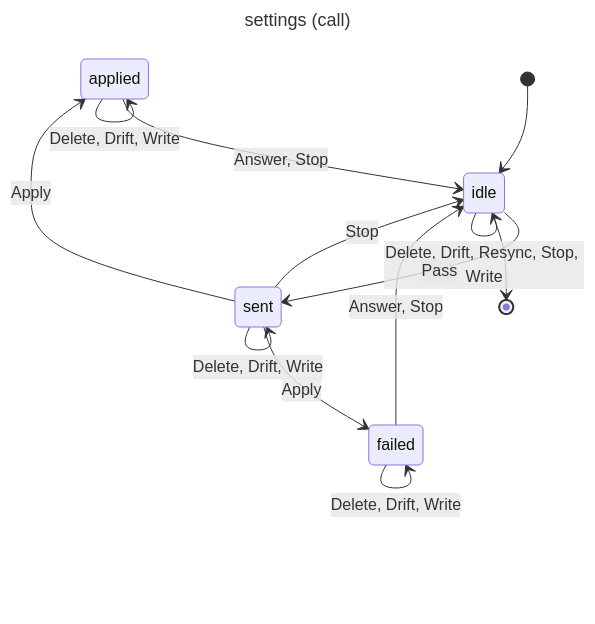
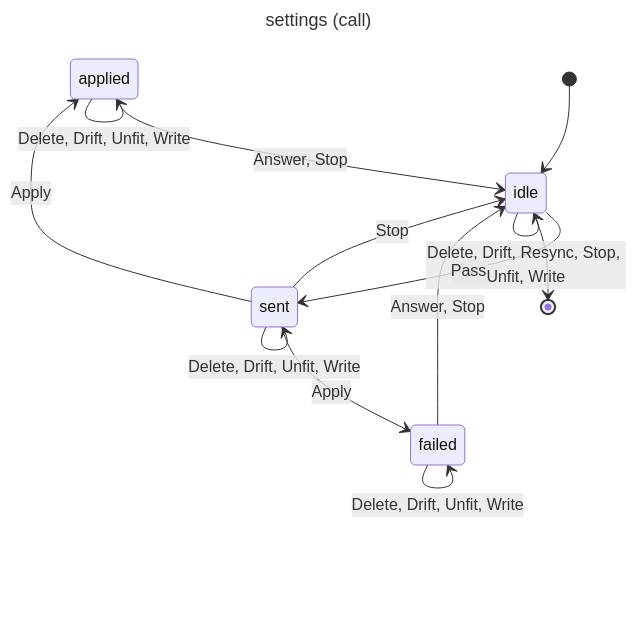
Before and after one commit to pyvvo/funcd: the diagram in docs/design/addon/settings.md, drawn with Mermaid. The commit also changed 3 other files, not shown here.

Commit message:
docs(adr): ADR-0358 proposed: an add-on kind's Function comes from an image, and its contract is the kind's schema

````diff
--- a/docs/design/addon/settings.md
+++ b/docs/design/addon/settings.md
@@ -5,22 +5,22 @@
 ```mermaid
 ---
 title: settings (call)
 ---
 stateDiagram-v2
     state "applied" as s0
     state "failed" as s1
     state "idle" as s2
     state "sent" as s3
     [*] --> s2
-    s0 --> s0 : Delete, Drift, Write
+    s0 --> s0 : Delete, Drift, Unfit, Write
     s0 --> s2 : Answer, Stop
-    s1 --> s1 : Delete, Drift, Write
+    s1 --> s1 : Delete, Drift, Unfit, Write
     s1 --> s2 : Answer, Stop
-    s2 --> s2 : Delete, Drift, Resync, Stop, Write
+    s2 --> s2 : Delete, Drift, Resync, Stop, Unfit, Write
     s2 --> s3 : Pass
     s3 --> s0 : Apply
     s3 --> s1 : Apply
     s3 --> s2 : Stop
-    s3 --> s3 : Delete, Drift, Write
+    s3 --> s3 : Delete, Drift, Unfit, Write
     s2 --> [*]
 ```
````
